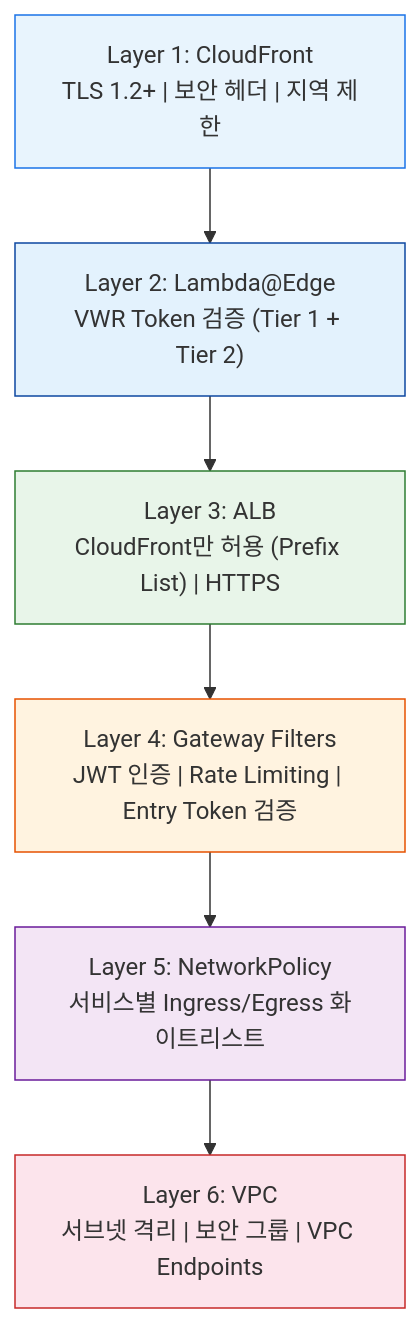
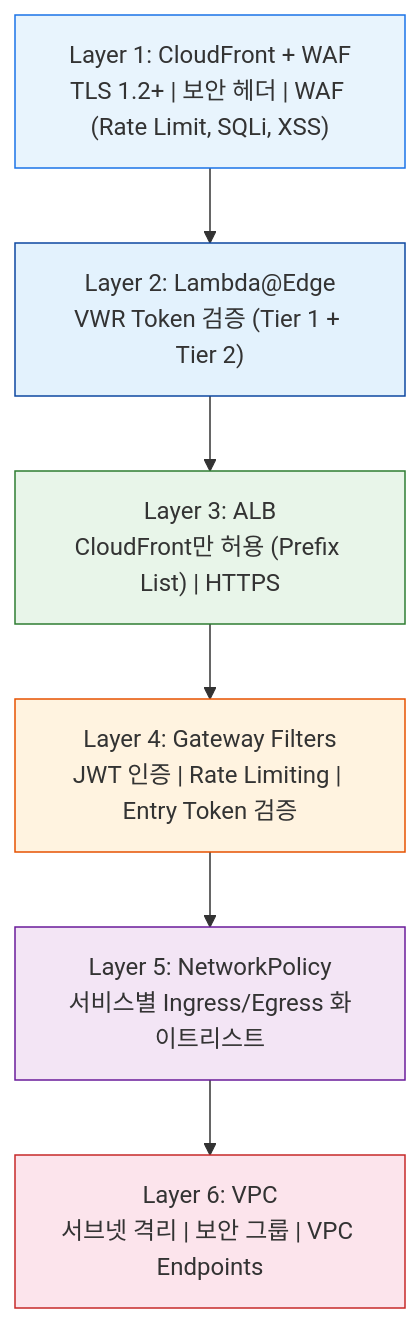
One commit to cchriscode/URR changed the fifth of 9 diagrams in docs/AWS_ARCHITECTURE.md. Above: the diagram before and after it, drawn with Mermaid. The commit also changed other lines of this file and 39 other files, not shown here.

````diff
--- a/docs/AWS_ARCHITECTURE.md
+++ b/docs/AWS_ARCHITECTURE.md
@@ -661,18 +768,18 @@
 ```mermaid
 graph TD
-    L1["Layer 1: CloudFront<br/>TLS 1.2+ | 보안 헤더 | 지역 제한"]
+    L1["Layer 1: CloudFront + WAF<br/>TLS 1.2+ | 보안 헤더 | WAF (Rate Limit, SQLi, XSS)"]
     L2["Layer 2: Lambda@Edge<br/>VWR Token 검증 (Tier 1 + Tier 2)"]
     L3["Layer 3: ALB<br/>CloudFront만 허용 (Prefix List) | HTTPS"]
     L4["Layer 4: Gateway Filters<br/>JWT 인증 | Rate Limiting | Entry Token 검증"]
     L5["Layer 5: NetworkPolicy<br/>서비스별 Ingress/Egress 화이트리스트"]
     L6["Layer 6: VPC<br/>서브넷 격리 | 보안 그룹 | VPC Endpoints"]
 
     L1 --> L2 --> L3 --> L4 --> L5 --> L6
 
     style L1 fill:#e8f4fd,stroke:#1a73e8
     style L2 fill:#e3f2fd,stroke:#0d47a1
     style L3 fill:#e8f5e9,stroke:#2e7d32
     style L4 fill:#fff3e0,stroke:#e65100
     style L5 fill:#f3e5f5,stroke:#6a1b9a
     style L6 fill:#fce4ec,stroke:#c62828
 ```
````
